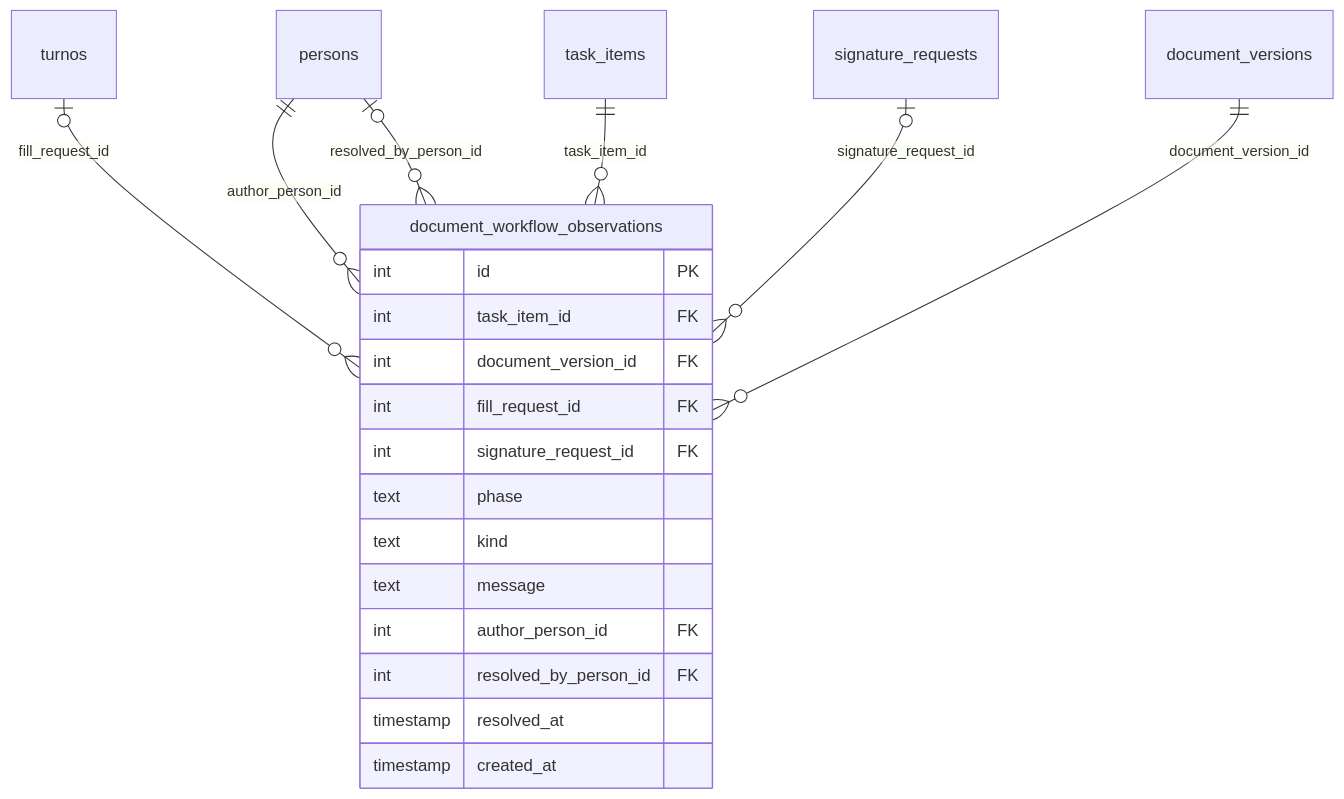
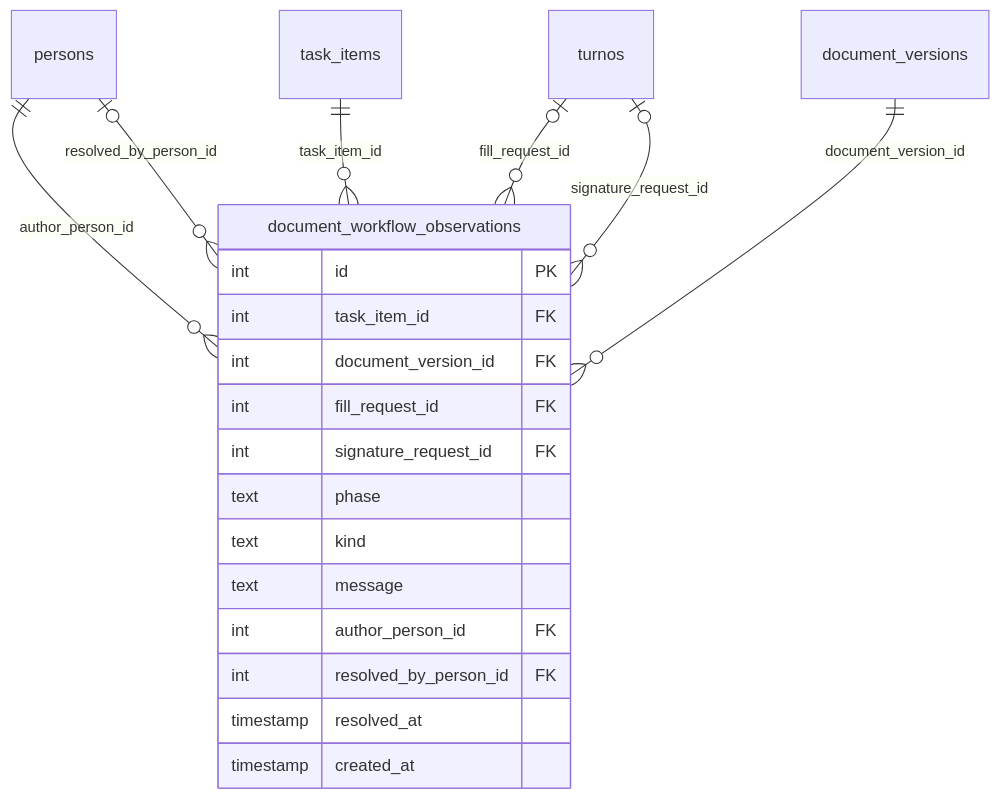
The tenth of 10 diagrams in docs/src/content/docs/modelo/mapa-con-campos.md (fresvel/deasy), drawn with Mermaid before and after one commit. The commit also changed other lines of this file and 50 other files, not shown here.

````diff
--- a/docs/src/content/docs/modelo/mapa-con-campos.md
+++ b/docs/src/content/docs/modelo/mapa-con-campos.md
@@ -718,24 +711,24 @@
 ```mermaid
 erDiagram
   %% generado por scripts/docs/gen-mapa-campos.mjs: no se edita a mano
   document_workflow_observations {
     int id PK
     int task_item_id FK
     int document_version_id FK
     int fill_request_id FK
     int signature_request_id FK
     text phase
     text kind
     text message
     int author_person_id FK
     int resolved_by_person_id FK
     timestamp resolved_at
     timestamp created_at
   }
   persons ||--o{ document_workflow_observations : "author_person_id"
   turnos |o--o{ document_workflow_observations : "fill_request_id"
   task_items ||--o{ document_workflow_observations : "task_item_id"
   persons |o--o{ document_workflow_observations : "resolved_by_person_id"
-  signature_requests |o--o{ document_workflow_observations : "signature_request_id"
+  turnos |o--o{ document_workflow_observations : "signature_request_id"
   document_versions ||--o{ document_workflow_observations : "document_version_id"
 ```
````
